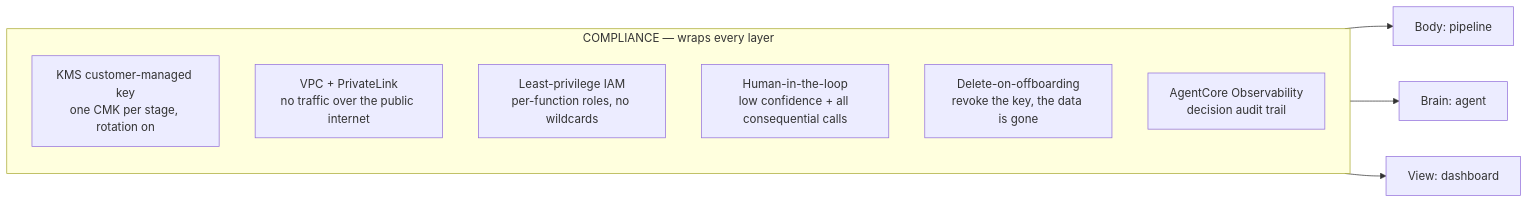
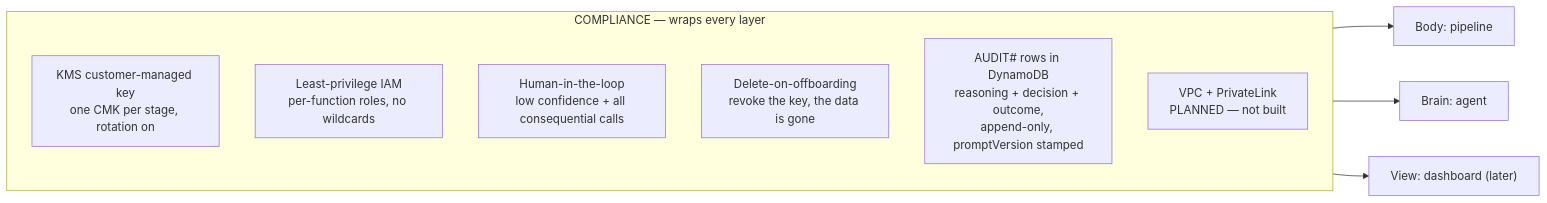
The third of 3 diagrams in docs/architecture.md (colinfehlinger/insurance-doc-agent), drawn with Mermaid before and after one commit. The commit also changed other lines of this file, not shown here.

First line of the commit message:
docs: correct architecture.md against deployed state

````diff
--- a/docs/architecture.md
+++ b/docs/architecture.md
@@ -132,16 +132,16 @@
 ```mermaid
 flowchart LR
     subgraph comp["COMPLIANCE — wraps every layer"]
         direction TB
         k["KMS customer-managed key<br/>one CMK per stage, rotation on"]
-        n["VPC + PrivateLink<br/>no traffic over the public internet"]
         i["Least-privilege IAM<br/>per-function roles, no wildcards"]
         h["Human-in-the-loop<br/>low confidence + all consequential calls"]
         d["Delete-on-offboarding<br/>revoke the key, the data is gone"]
-        a["AgentCore Observability<br/>decision audit trail"]
+        a["AUDIT# rows in DynamoDB<br/>reasoning + decision + outcome,<br/>append-only, promptVersion stamped"]
+        n["VPC + PrivateLink<br/>PLANNED — not built"]
     end
 
     comp --> body["Body: pipeline"]
     comp --> brain["Brain: agent"]
-    comp --> view["View: dashboard"]
+    comp --> view["View: dashboard (later)"]
 ```
````
